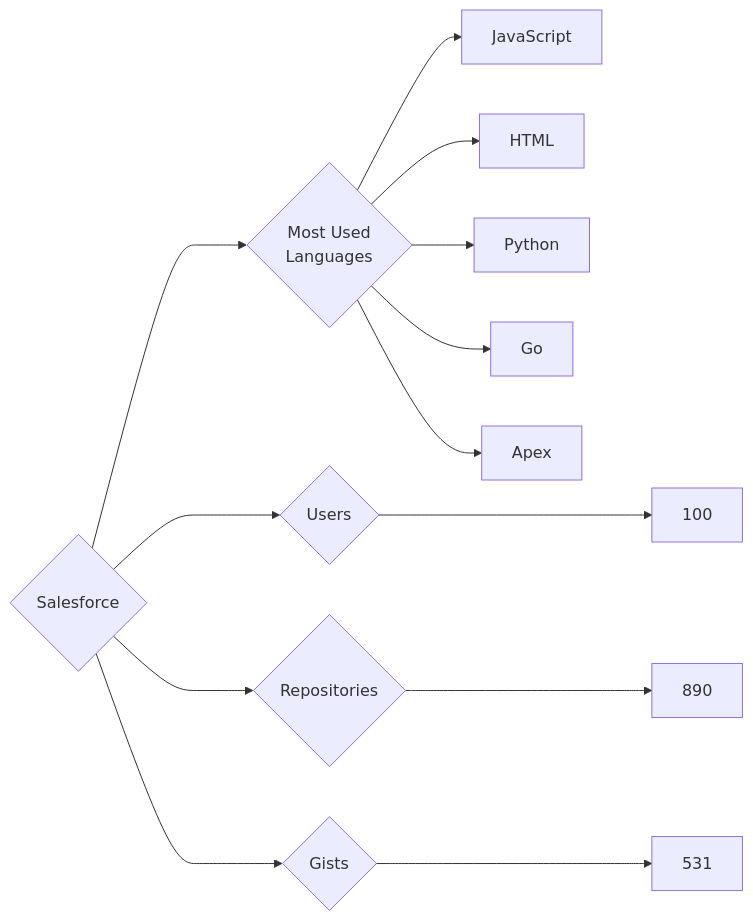
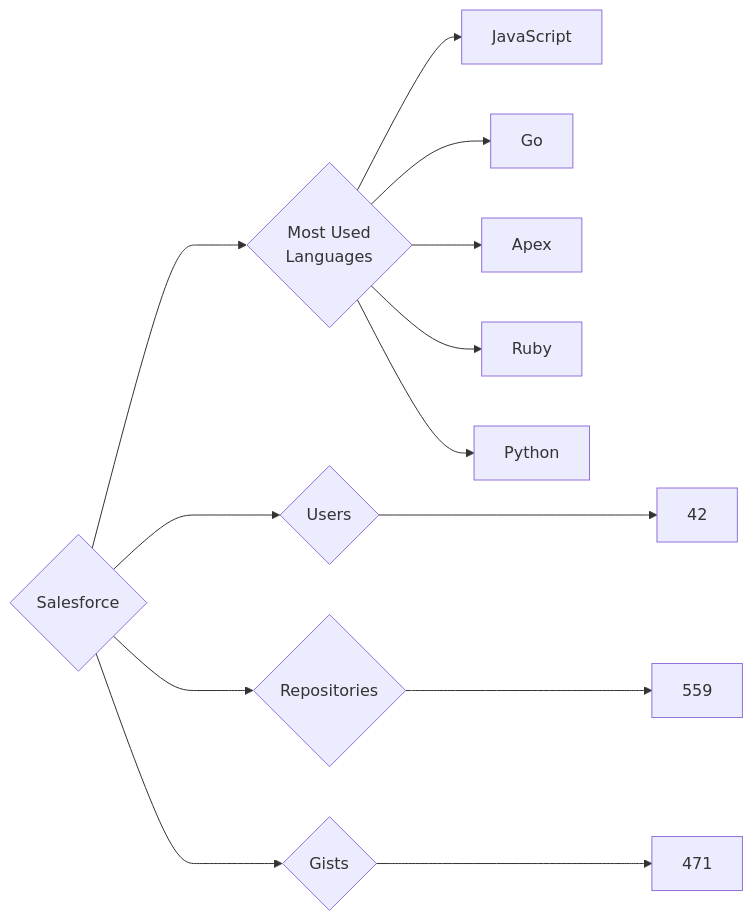
Before and after one commit to trickest/insiders: the diagram in targets/Salesforce/README.md, drawn with Mermaid. The commit also changed 953 other files, not shown here.

````diff
--- a/targets/Salesforce/README.md
+++ b/targets/Salesforce/README.md
@@ -3,13 +3,13 @@
 ```mermaid
 graph LR
 COMPANY_NAME{Salesforce}
-COMPANY_NAME ---> U{Users} ---> UN[100]
-COMPANY_NAME ---> R{Repositories} ---> RN[890]
-COMPANY_NAME ---> G{Gists} ---> GN[531]
+COMPANY_NAME ---> U{Users} ---> UN[42]
+COMPANY_NAME ---> R{Repositories} ---> RN[559]
+COMPANY_NAME ---> G{Gists} ---> GN[471]
 COMPANY_NAME ---> ML{Most Used<br>Languages}
 ML --> JavaScript[JavaScript]
-ML --> HTML[HTML]
-ML --> Python[Python]
 ML --> Go[Go]
 ML --> Apex[Apex]
+ML --> Ruby[Ruby]
+ML --> Python[Python]
 ```
````
